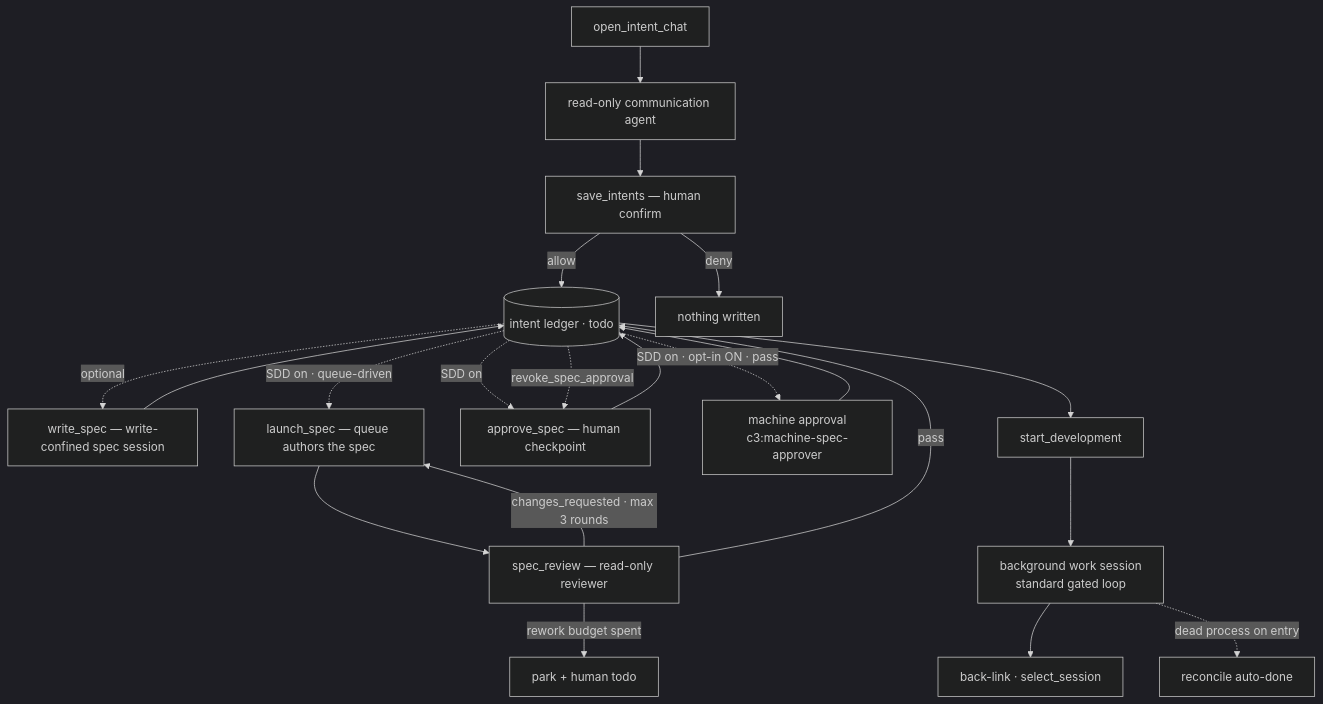
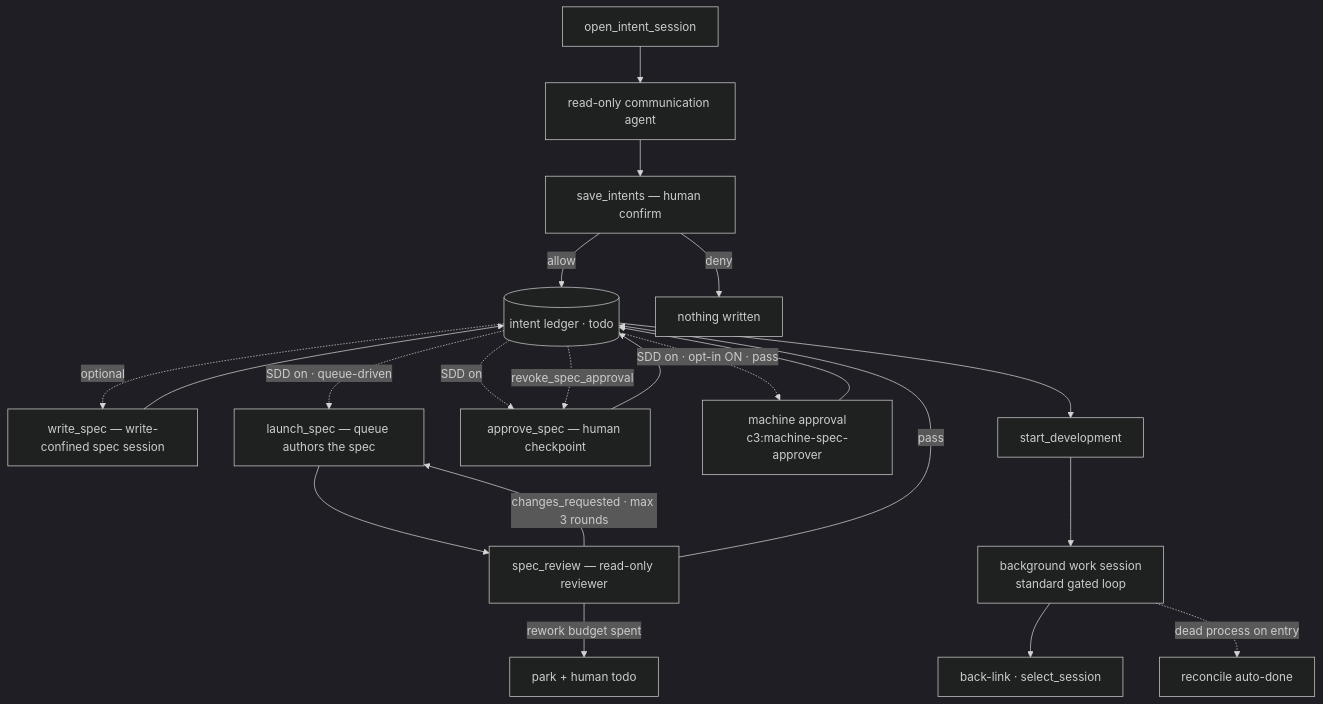
One commit to sequencestream/c3 changed the diagram in doc/flows/flow-intent-to-development.md. Above: the diagram before and after it, drawn with Mermaid (dark theme). The commit also changed other lines of this file and 52 other files, not shown here.

````diff
--- a/doc/flows/flow-intent-to-development.md
+++ b/doc/flows/flow-intent-to-development.md
@@ -16,23 +16,23 @@
 ```mermaid
 flowchart TD
-    IDEA[open_intent_chat] --> COMM[read-only communication agent]
+    IDEA[open_intent_session] --> COMM[read-only communication agent]
     COMM --> SAVE[save_intents — human confirm]
     SAVE -- allow --> LEDGER[(intent ledger · todo)]
     SAVE -- deny --> X[nothing written]
     LEDGER -. optional .-> SPEC[write_spec — write-confined spec session]
     SPEC --> LEDGER
     LEDGER -. SDD on · queue-driven .-> QSPEC[launch_spec — queue authors the spec]
     QSPEC --> REVIEW[spec_review — read-only reviewer]
     REVIEW -- changes_requested · max 3 rounds --> QSPEC
     REVIEW -- rework budget spent --> TODO[park + human todo]
     REVIEW -- pass --> LEDGER
     LEDGER -. SDD on .-> APPROVE[approve_spec — human checkpoint]
     LEDGER -. SDD on · opt-in ON · pass .-> MAPPROVE[machine approval<br/>c3:machine-spec-approver]
     APPROVE --> LEDGER
     MAPPROVE --> LEDGER
     LEDGER -. revoke_spec_approval .-> APPROVE
     LEDGER --> LAUNCH[start_development]
     LAUNCH --> DEV[background work session<br/>standard gated loop]
     DEV --> LINK[back-link · select_session]
     DEV -. dead process on entry .-> REC[reconcile auto-done]
 ```
````
